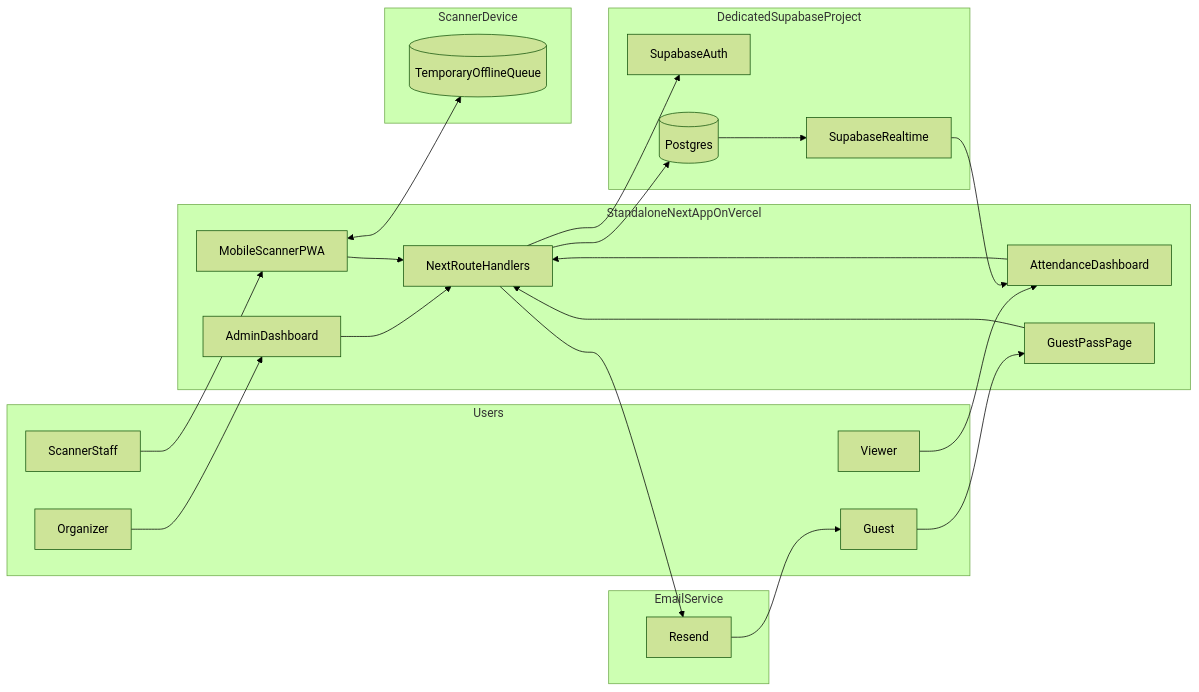
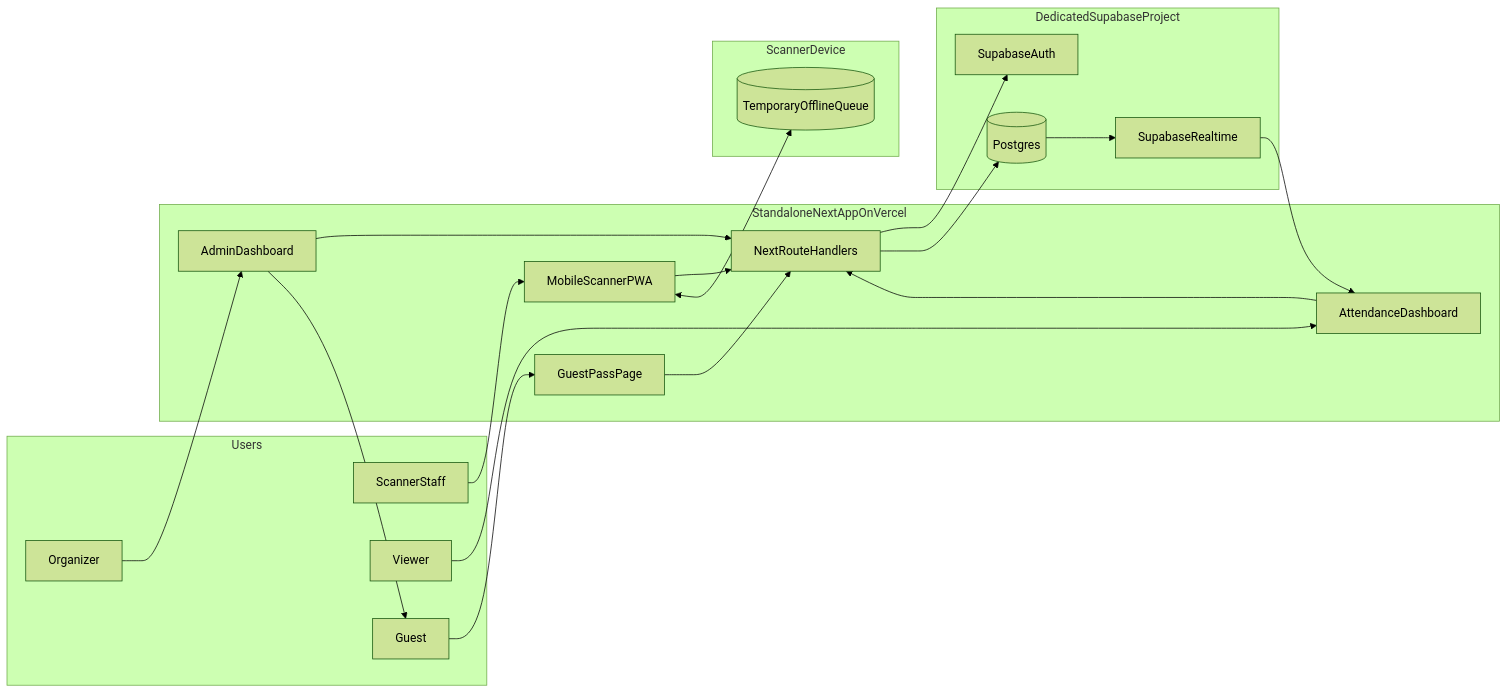
One commit to AmeerulH/check-in-platform changed the first of 9 diagrams in docs/MASTER_SPEC.md. Above: the diagram before and after it, drawn with Mermaid (forest theme). The commit also changed other lines of this file and 16 other files, not shown here.

````diff
--- a/docs/MASTER_SPEC.md
+++ b/docs/MASTER_SPEC.md
@@ -144,49 +144,44 @@
 ```mermaid
 flowchart LR
   subgraph users [Users]
     Organizer[Organizer]
     ScannerStaff[ScannerStaff]
     Viewer[Viewer]
     Guest[Guest]
   end
 
   subgraph app [StandaloneNextAppOnVercel]
     AdminUI[AdminDashboard]
     ScannerUI[MobileScannerPWA]
     DashboardUI[AttendanceDashboard]
     GuestPassUI[GuestPassPage]
     NextAPI[NextRouteHandlers]
   end
 
   subgraph supabase [DedicatedSupabaseProject]
     SupabaseAuth[SupabaseAuth]
     Postgres[(Postgres)]
     Realtime[SupabaseRealtime]
   end
 
   subgraph device [ScannerDevice]
     IndexedDB[(TemporaryOfflineQueue)]
   end
 
-  subgraph email [EmailService]
-    Resend[Resend]
-  end
-
   Organizer --> AdminUI
   ScannerStaff --> ScannerUI
   Viewer --> DashboardUI
   Guest --> GuestPassUI
 
   AdminUI --> NextAPI
   ScannerUI --> NextAPI
   DashboardUI --> NextAPI
   GuestPassUI --> NextAPI
 
   ScannerUI <--> IndexedDB
   NextAPI --> SupabaseAuth
   NextAPI --> Postgres
   Postgres --> Realtime
   Realtime --> DashboardUI
-  NextAPI --> Resend
-  Resend --> Guest
+  AdminUI --> Guest
 ```
````
